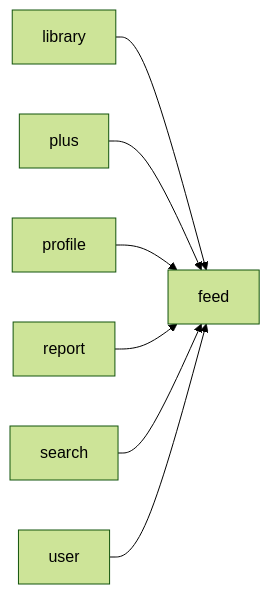
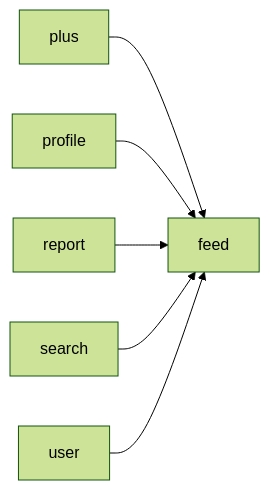
Before and after one commit to Team-STORIX/STORIX-BE-2.0: the sixth of 22 diagrams in agents/domain-impact.md, drawn with Mermaid (forest theme). The commit also changed other lines of this file and 22 other files, not shown here.

````diff
--- a/agents/domain-impact.md
+++ b/agents/domain-impact.md
@@ -142,9 +142,8 @@
 ```mermaid
 graph LR
-  library --> feed
   plus --> feed
   profile --> feed
   report --> feed
   search --> feed
   user --> feed
 ```
````
